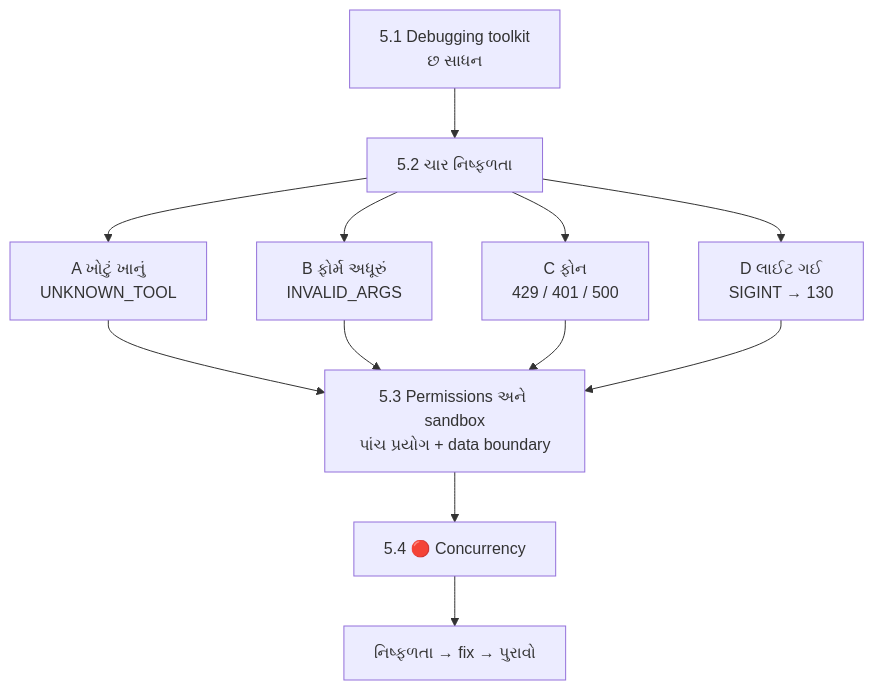
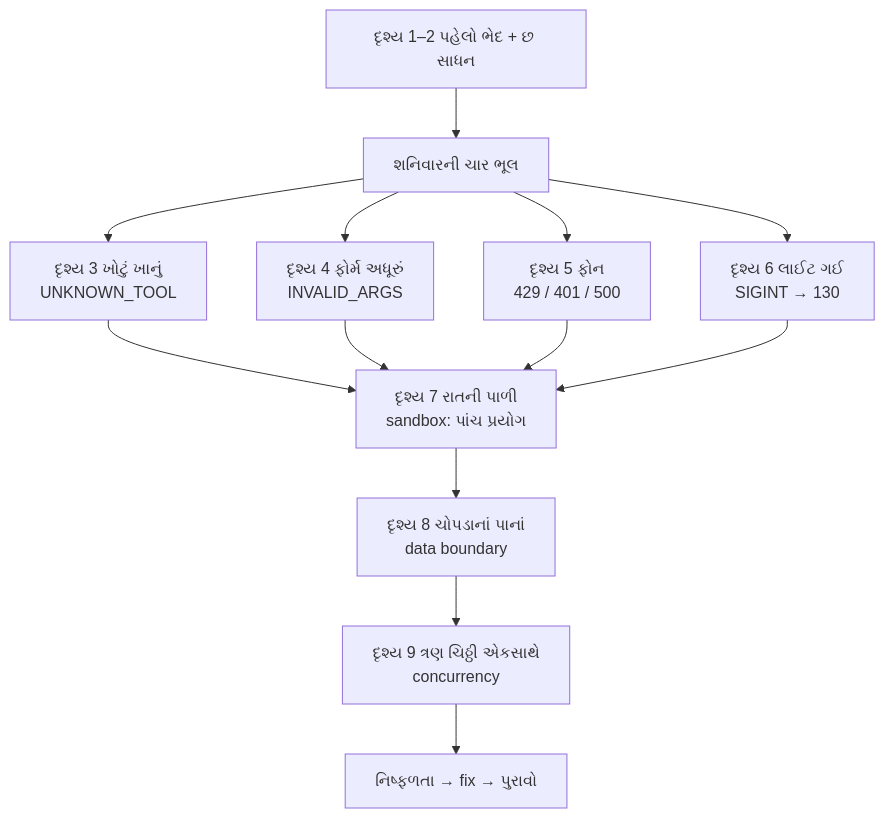
The first of 2 diagrams in book/05-debugging-permissions-reliability.md (vrajkher/DeepSeekHarnessBookNEW), drawn with Mermaid before and after one commit. The commit also changed other lines of this file and 15 other files, not shown here.

````diff
--- a/book/05-debugging-permissions-reliability.md
+++ b/book/05-debugging-permissions-reliability.md
@@ -29,14 +29,15 @@
 ```mermaid
 flowchart TD
-  K["5.1 Debugging toolkit<br/>છ સાધન"] --> F["5.2 ચાર નિષ્ફળતા"]
-  F --> A["A ખોટું ખાનું<br/>UNKNOWN_TOOL"]
-  F --> B["B ફોર્મ અધૂરું<br/>INVALID_ARGS"]
-  F --> C["C ફોન<br/>429 / 401 / 500"]
-  F --> D["D લાઈટ ગઈ<br/>SIGINT → 130"]
-  A --> P["5.3 Permissions અને sandbox<br/>પાંચ પ્રયોગ + data boundary"]
+  K["દૃશ્ય 1–2 પહેલો ભેદ + છ સાધન"] --> F["શનિવારની ચાર ભૂલ"]
+  F --> A["દૃશ્ય 3 ખોટું ખાનું<br/>UNKNOWN_TOOL"]
+  F --> B["દૃશ્ય 4 ફોર્મ અધૂરું<br/>INVALID_ARGS"]
+  F --> C["દૃશ્ય 5 ફોન<br/>429 / 401 / 500"]
+  F --> D["દૃશ્ય 6 લાઈટ ગઈ<br/>SIGINT → 130"]
+  A --> P["દૃશ્ય 7 રાતની પાળી<br/>sandbox: પાંચ પ્રયોગ"]
   B --> P
   C --> P
   D --> P
-  P --> Q["5.4 🔴 Concurrency"]
-  Q --> E["નિષ્ફળતા → fix → પુરાવો"]
+  P --> Q["દૃશ્ય 8 ચોપડાનાં પાનાં<br/>data boundary"]
+  Q --> R["દૃશ્ય 9 ત્રણ ચિઠ્ઠી એકસાથે<br/>concurrency"]
+  R --> E["નિષ્ફળતા → fix → પુરાવો"]
 ```
````
